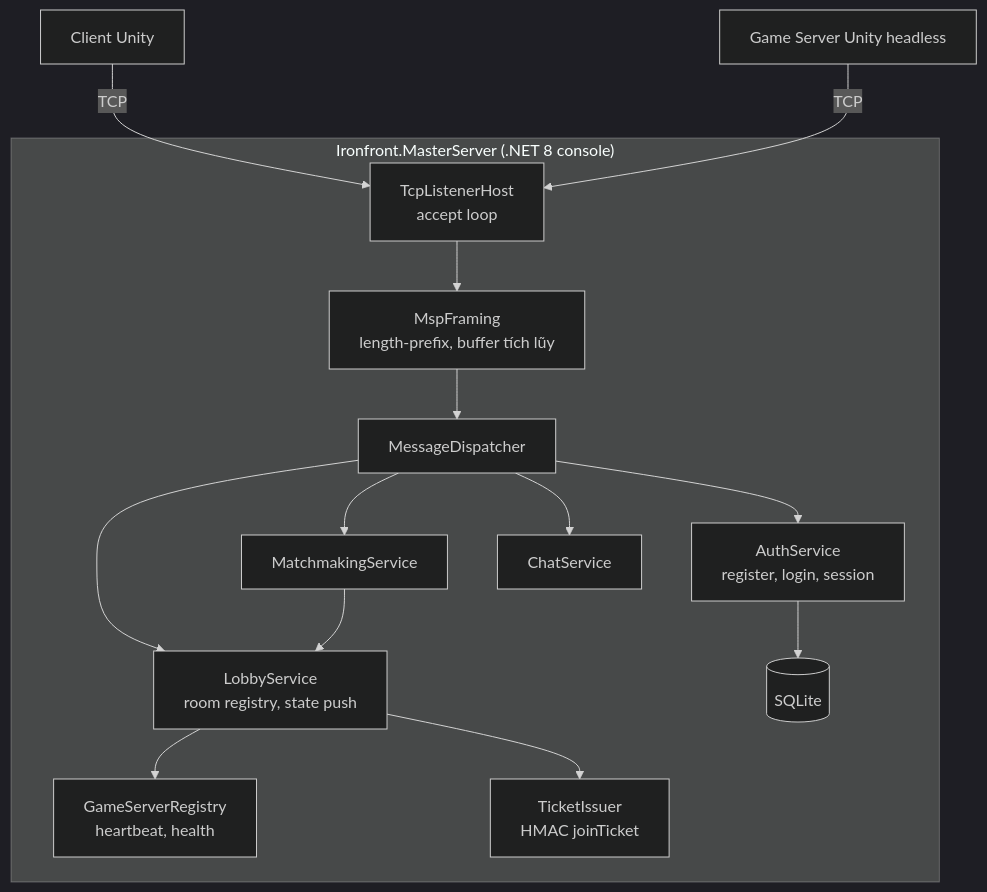
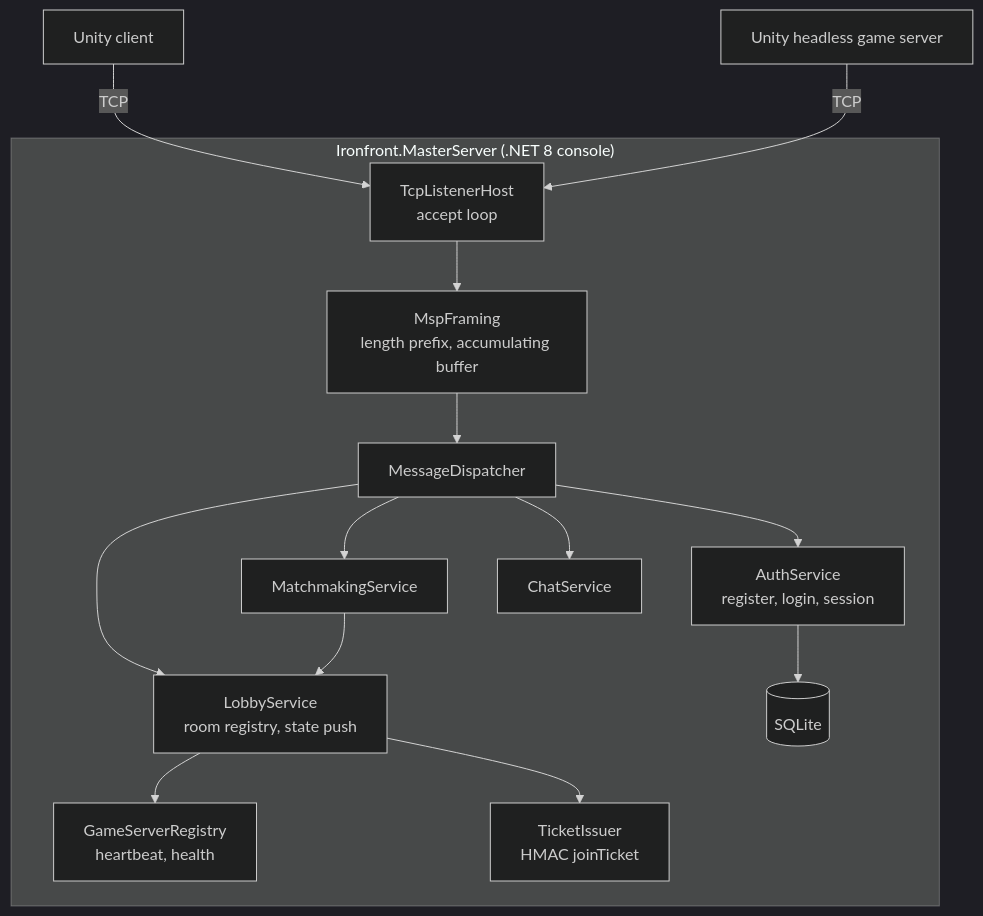
One commit to Nghaiz/LTM changed the diagram in plans/dev-d-master-server/plan.md. Above: the diagram before and after it, drawn with Mermaid (dark theme). The commit also changed other lines of this file and 34 other files, not shown here.

````diff
--- a/plans/dev-d-master-server/plan.md
+++ b/plans/dev-d-master-server/plan.md
@@ -42,25 +43,25 @@
 ```mermaid
 flowchart TB
     subgraph MS["Ironfront.MasterServer (.NET 8 console)"]
         Lis[TcpListenerHost<br/>accept loop]
-        Fr[MspFraming<br/>length-prefix, buffer tích lũy]
+        Fr[MspFraming<br/>length prefix, accumulating buffer]
         Disp[MessageDispatcher]
         Auth[AuthService<br/>register, login, session]
         Lob[LobbyService<br/>room registry, state push]
         MM[MatchmakingService]
         Reg[GameServerRegistry<br/>heartbeat, health]
         Tick[TicketIssuer<br/>HMAC joinTicket]
         Chat[ChatService]
         DB[(SQLite)]
     end
-    C[Client Unity]
-    G[Game Server Unity headless]
+    C[Unity client]
+    G[Unity headless game server]
 
     C -->|TCP| Lis --> Fr --> Disp
     G -->|TCP| Lis
     Disp --> Auth --> DB
     Disp --> Lob --> Reg
     Disp --> MM --> Lob
     Lob --> Tick
     Disp --> Chat
 ```
````
